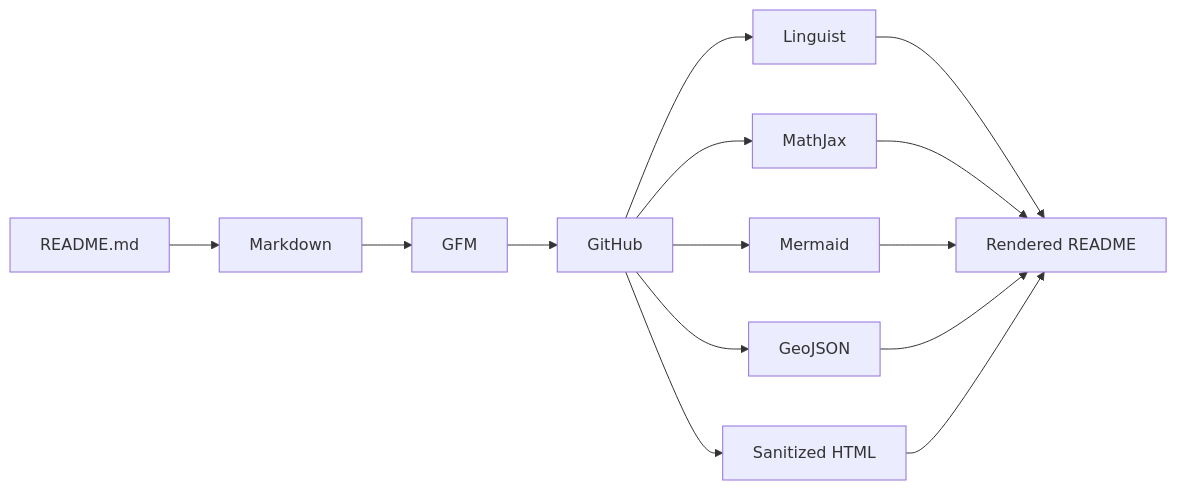
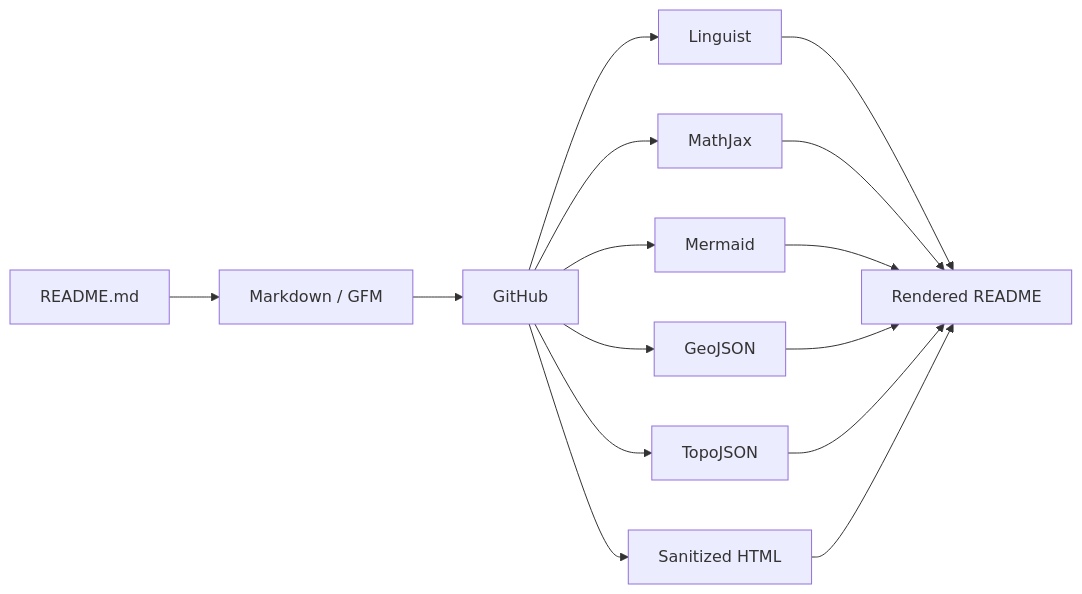
The first of 6 diagrams in README.md (thiepn/markdown), drawn with Mermaid before and after one commit. The commit also changed other lines of this file, not shown here.

Commit message:
M11: build interactive TopoJSON topology showcase

````diff
--- a/README.md
+++ b/README.md
@@ -81,16 +83,17 @@
 ```mermaid
 flowchart LR
-    A[README.md] --> B[Markdown]
-    B --> C[GFM]
-    C --> D[GitHub]
-    D --> E[Linguist]
-    D --> F[MathJax]
-    D --> G[Mermaid]
-    D --> H[GeoJSON]
-    D --> I[Sanitized HTML]
-    E --> J[Rendered README]
-    F --> J
-    G --> J
-    H --> J
-    I --> J
+    A[README.md] --> B[Markdown / GFM]
+    B --> GH[GitHub]
+    GH --> L[Linguist]
+    GH --> MJ[MathJax]
+    GH --> MM[Mermaid]
+    GH --> GJ[GeoJSON]
+    GH --> TJ[TopoJSON]
+    GH --> H[Sanitized HTML]
+    L --> OUT[Rendered README]
+    MJ --> OUT
+    MM --> OUT
+    GJ --> OUT
+    TJ --> OUT
+    H --> OUT
 ```
````
